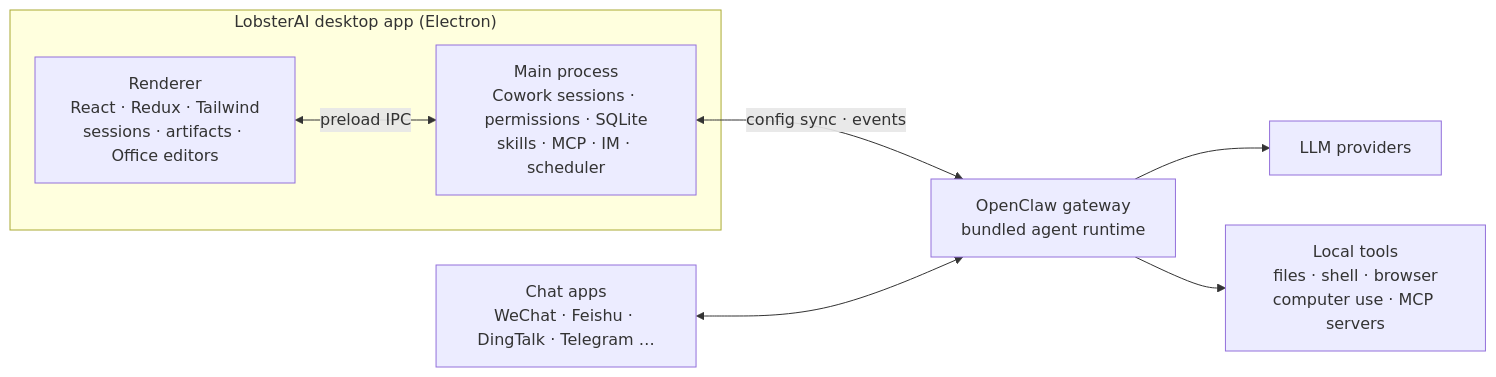
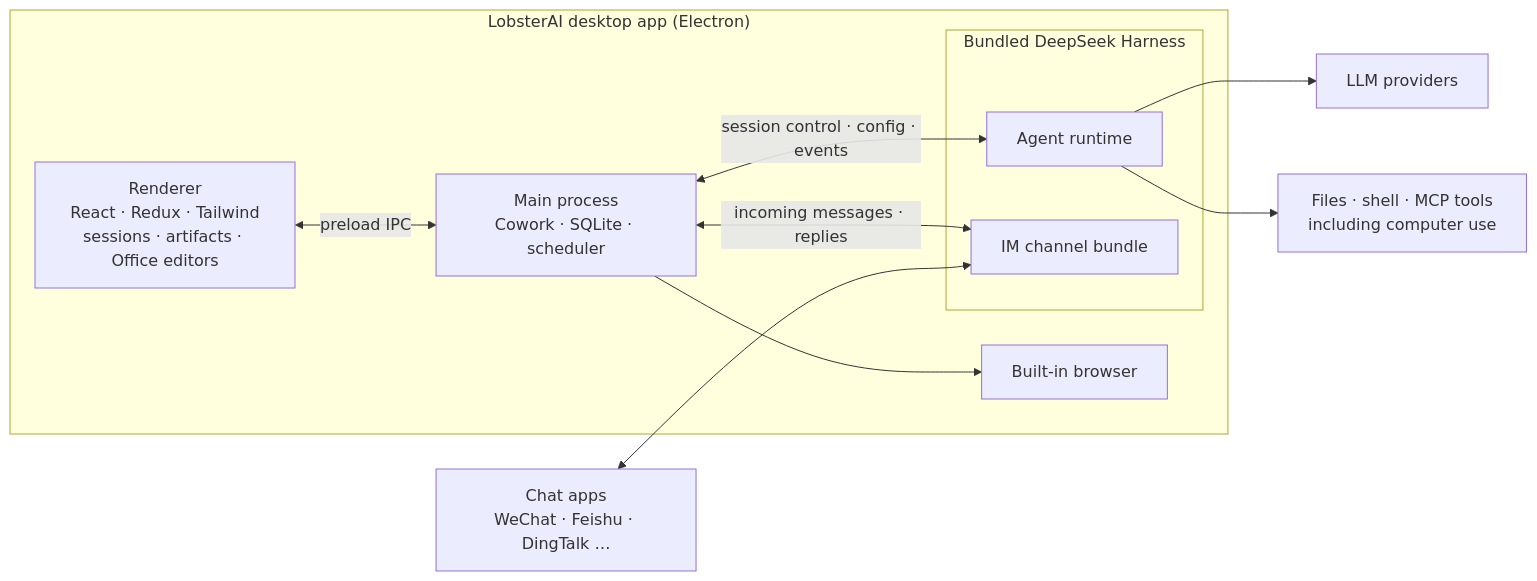
Before and after one commit to netease-youdao/LobsterAI: the diagram in README.md, drawn with Mermaid. The commit also changed other lines of this file and 6 other files, not shown here.

````diff
--- a/README.md
+++ b/README.md
@@ -115,12 +114,18 @@
 ```mermaid
 flowchart LR
   subgraph App["LobsterAI desktop app (Electron)"]
     UI["Renderer<br/>React · Redux · Tailwind<br/>sessions · artifacts · Office editors"]
-    Main["Main process<br/>Cowork sessions · permissions · SQLite<br/>skills · MCP · IM · scheduler"]
+    Main["Main process<br/>Cowork · SQLite · scheduler"]
+    subgraph DshHost["Bundled DeepSeek Harness"]
+      DSH["Agent runtime"]
+      Channels["IM channel bundle"]
+    end
     UI <-->|"preload IPC"| Main
+    Main <-->|"session control · config · events"| DSH
+    Main <-->|"incoming messages · replies"| Channels
+    Main --> Browser["Built-in browser"]
   end
-  Main <-->|"config sync · events"| Gateway["OpenClaw gateway<br/>bundled agent runtime"]
-  Gateway --> Models["LLM providers"]
-  Gateway --> Tools["Local tools<br/>files · shell · browser<br/>computer use · MCP servers"]
-  Chat["Chat apps<br/>WeChat · Feishu · DingTalk · Telegram …"] <--> Gateway
+  DSH --> Models["LLM providers"]
+  DSH --> Tools["Files · shell · MCP tools<br/>including computer use"]
+  Chat["Chat apps<br/>WeChat · Feishu · DingTalk …"] <--> Channels
 ```
````
